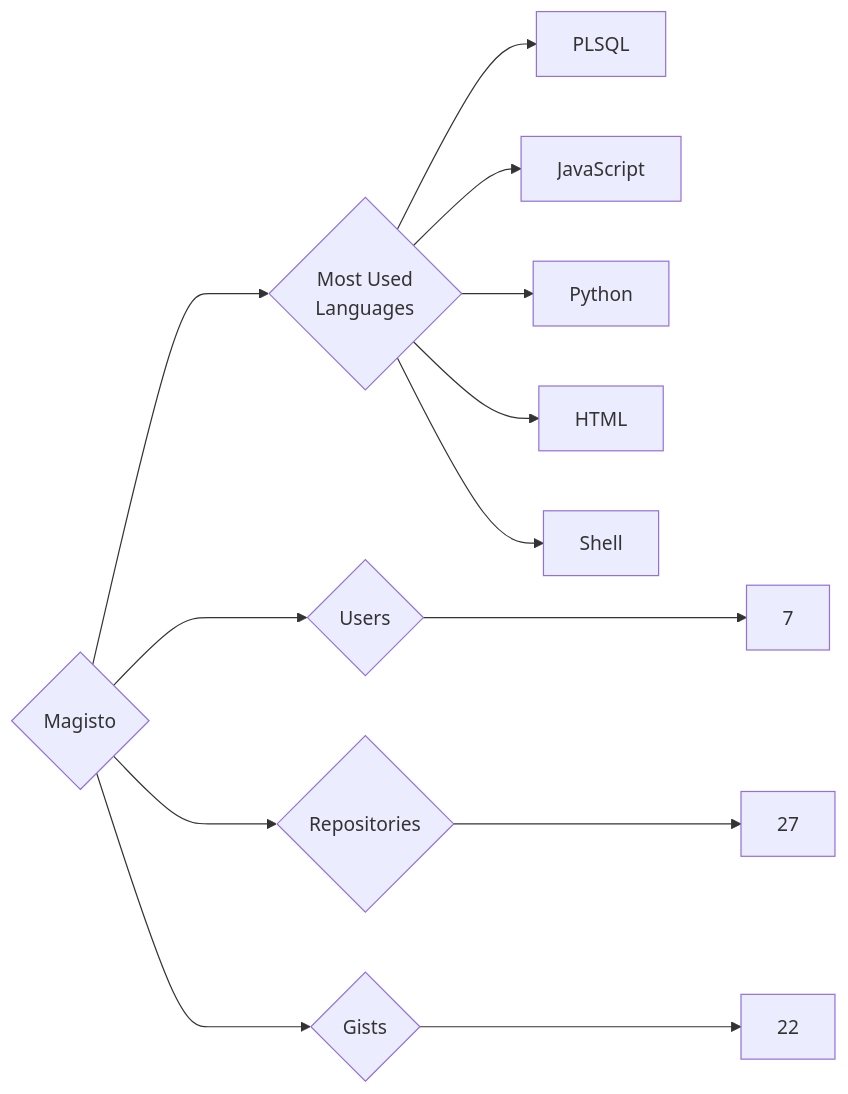
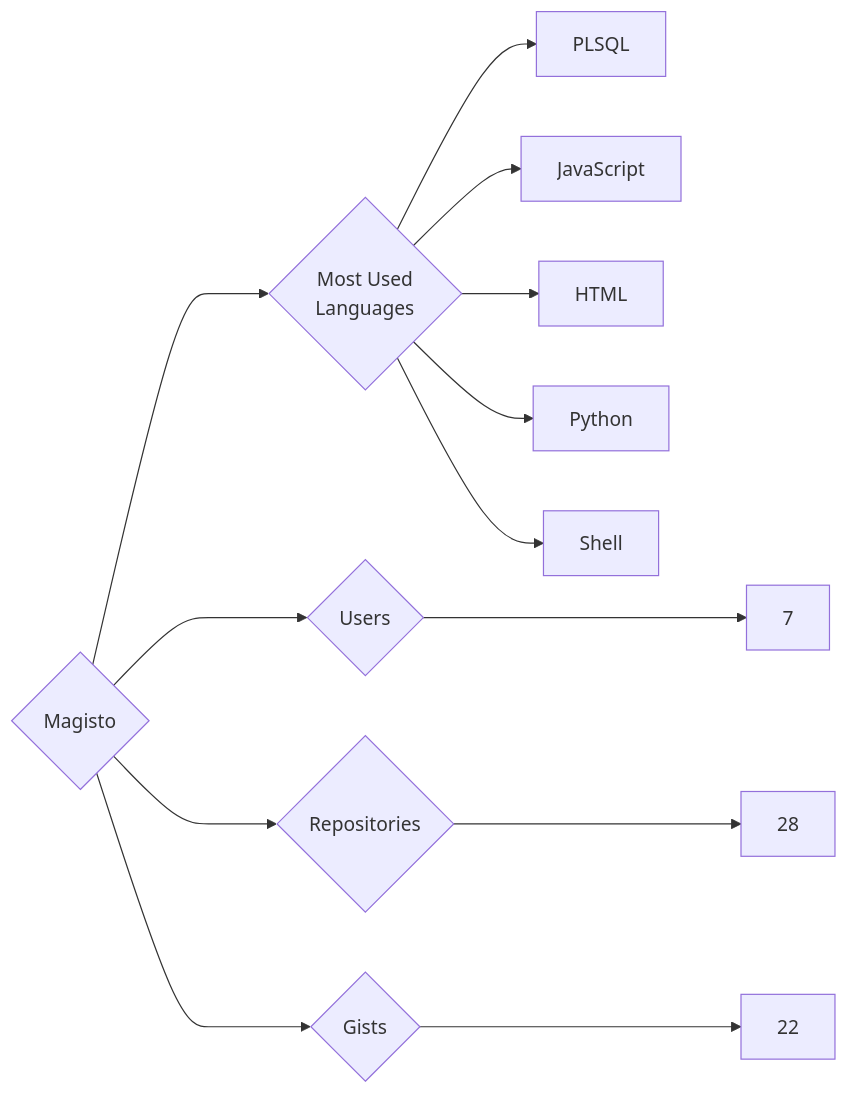
The diagram in targets/Magisto/README.md (trickest/insiders), drawn with Mermaid before and after one commit. The commit also changed 1484 other files, not shown here.

````diff
--- a/targets/Magisto/README.md
+++ b/targets/Magisto/README.md
@@ -3,13 +3,13 @@
 ```mermaid
 graph LR
 COMPANY_NAME{Magisto}
 COMPANY_NAME ---> U{Users} ---> UN[7]
-COMPANY_NAME ---> R{Repositories} ---> RN[27]
+COMPANY_NAME ---> R{Repositories} ---> RN[28]
 COMPANY_NAME ---> G{Gists} ---> GN[22]
 COMPANY_NAME ---> ML{Most Used<br>Languages}
 ML --> PLSQL[PLSQL]
 ML --> JavaScript[JavaScript]
+ML --> HTML[HTML]
 ML --> Python[Python]
-ML --> HTML[HTML]
 ML --> Shell[Shell]
 ```
````
